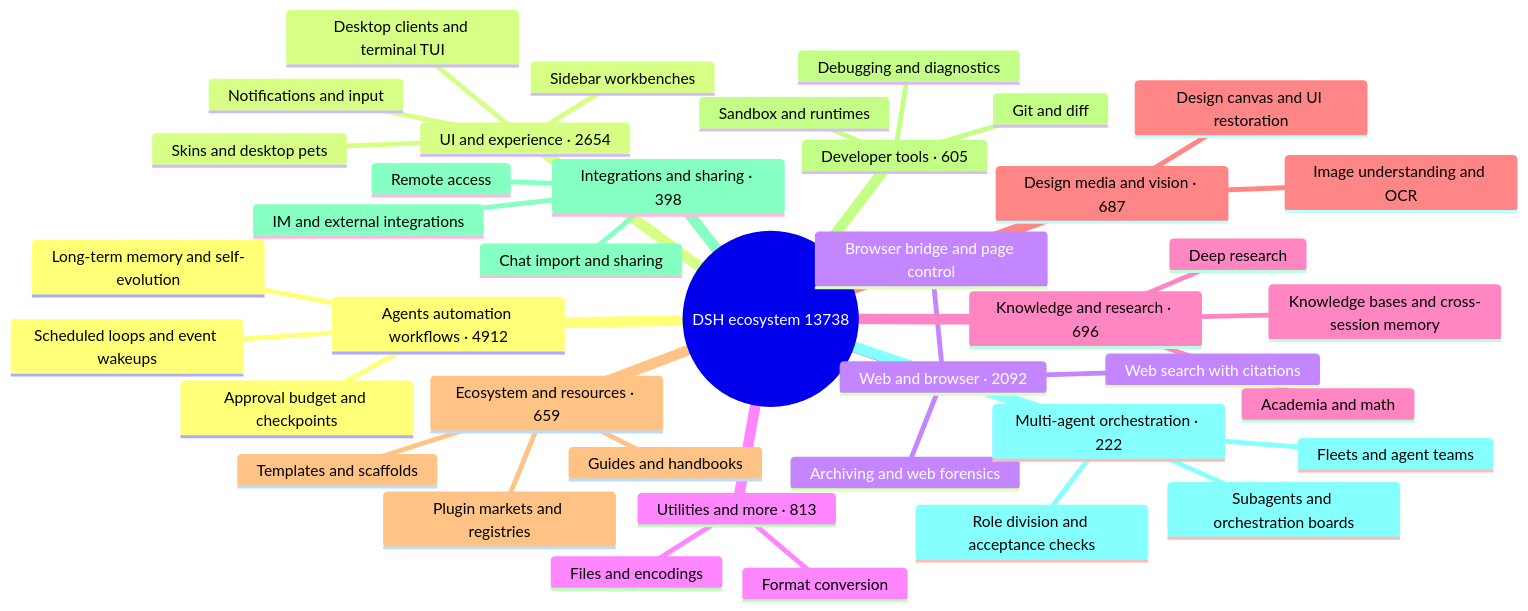
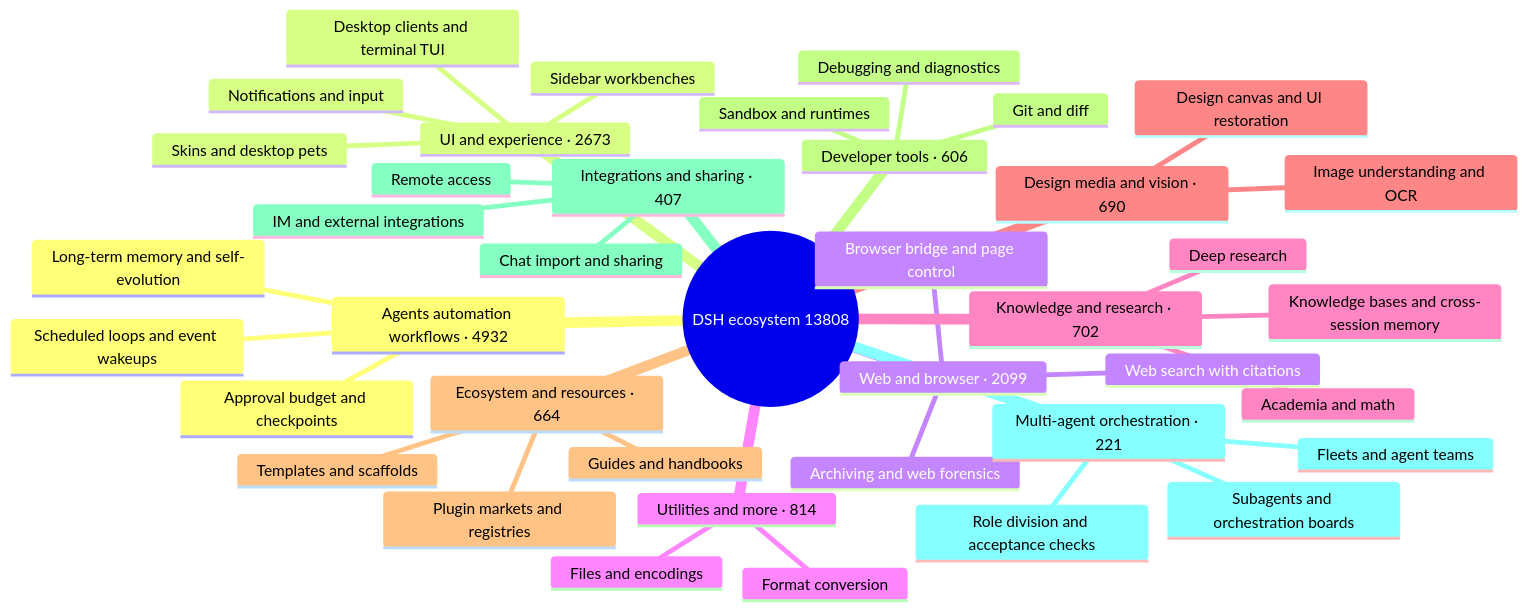
The diagram in README_EN.md (bruc3van/awesome-dsh-plugin), drawn with Mermaid before and after one commit. The commit also changed other lines of this file and 20 other files, not shown here.

````diff
--- a/README_EN.md
+++ b/README_EN.md
@@ -32,43 +32,43 @@
 ```mermaid
 mindmap
-  root((DSH ecosystem 13738))
-    Agents automation workflows · 4912
+  root((DSH ecosystem 13808))
+    Agents automation workflows · 4932
       Scheduled loops and event wakeups
       Long-term memory and self-evolution
       Approval budget and checkpoints
-    UI and experience · 2654
+    UI and experience · 2673
       Desktop clients and terminal TUI
       Sidebar workbenches
       Skins and desktop pets
       Notifications and input
-    Web and browser · 2092
+    Web and browser · 2099
       Browser bridge and page control
       Web search with citations
       Archiving and web forensics
-    Utilities and more · 813
+    Utilities and more · 814
       Files and encodings
       Format conversion
-    Knowledge and research · 696
+    Knowledge and research · 702
       Knowledge bases and cross-session memory
       Deep research
       Academia and math
-    Design media and vision · 687
+    Design media and vision · 690
       Image understanding and OCR
       Design canvas and UI restoration
-    Ecosystem and resources · 659
+    Ecosystem and resources · 664
       Plugin markets and registries
       Templates and scaffolds
       Guides and handbooks
-    Developer tools · 605
+    Developer tools · 606
       Git and diff
       Sandbox and runtimes
       Debugging and diagnostics
-    Integrations and sharing · 398
+    Integrations and sharing · 407
       Chat import and sharing
       Remote access
       IM and external integrations
-    Multi-agent orchestration · 222
+    Multi-agent orchestration · 221
       Subagents and orchestration boards
       Fleets and agent teams
       Role division and acceptance checks
 ```
````
